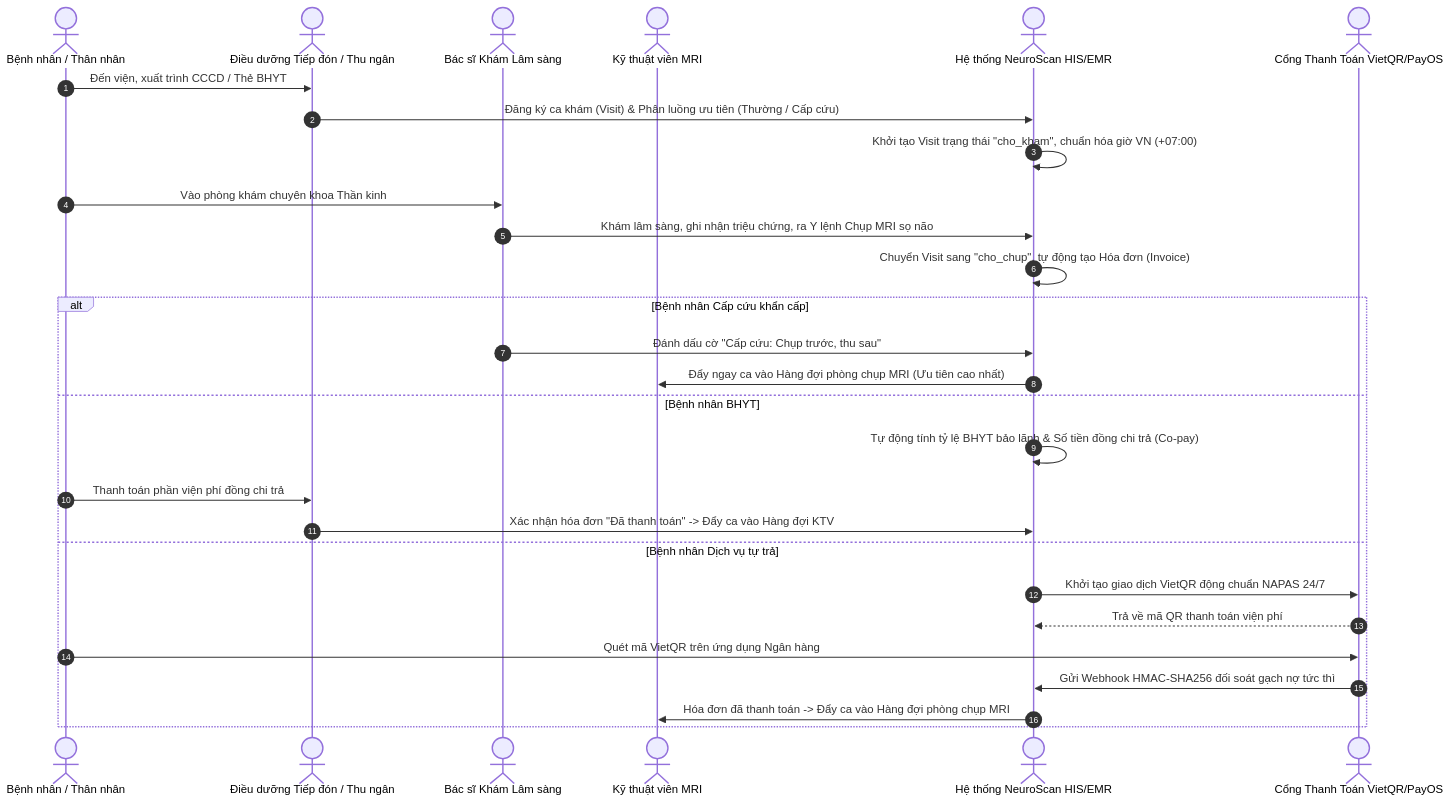
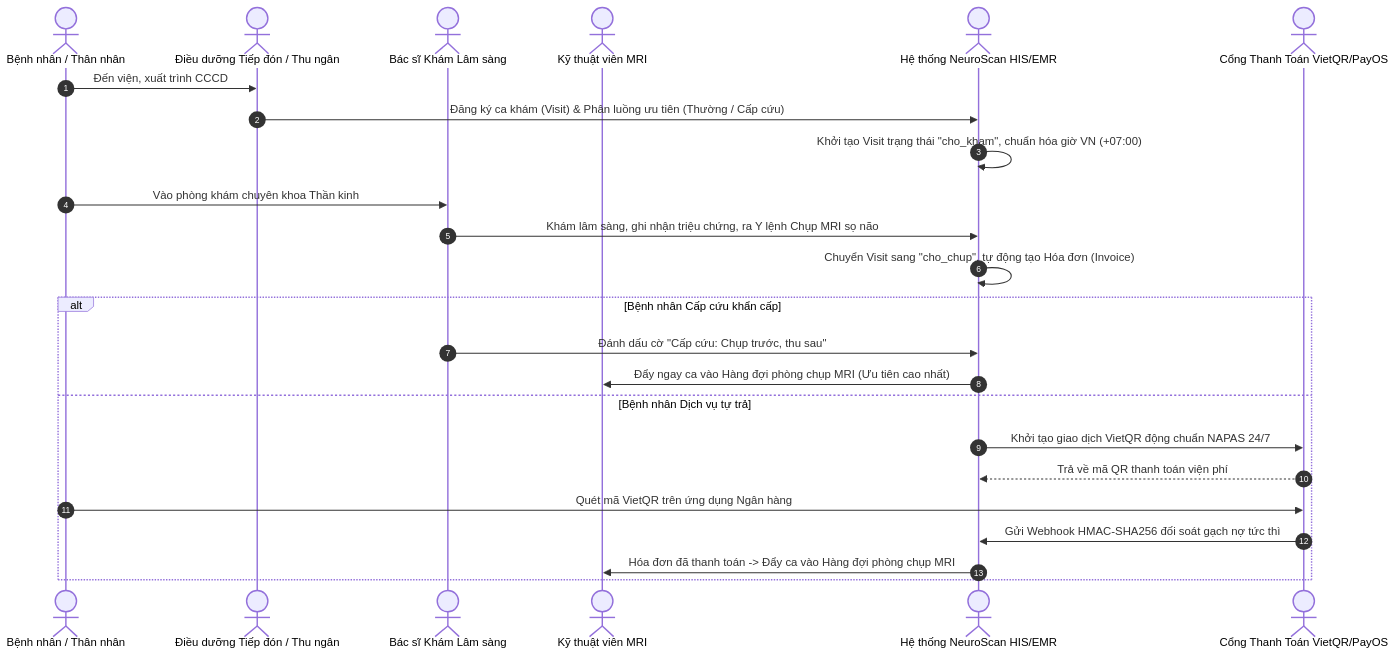
One commit to ntthanh2357/mri changed the first of 3 diagrams in docs/02_nghiep_vu_va_quy_trinh_benh_vien.md. Above: the diagram before and after it, drawn with Mermaid. The commit also changed other lines of this file and 101 other files, not shown here.

````diff
--- a/docs/02_nghiep_vu_va_quy_trinh_benh_vien.md
+++ b/docs/02_nghiep_vu_va_quy_trinh_benh_vien.md
@@ -59,32 +57,28 @@
 ```mermaid
 sequenceDiagram
     autonumber
     actor BN as Bệnh nhân / Thân nhân
     actor TN as Điều dưỡng Tiếp đón / Thu ngân
     actor BS as Bác sĩ Khám Lâm sàng
     actor KTV as Kỹ thuật viên MRI
     actor SYS as Hệ thống NeuroScan HIS/EMR
     actor PAYOS as Cổng Thanh Toán VietQR/PayOS
 
-    BN->>TN: Đến viện, xuất trình CCCD / Thẻ BHYT
+    BN->>TN: Đến viện, xuất trình CCCD
     TN->>SYS: Đăng ký ca khám (Visit) & Phân luồng ưu tiên (Thường / Cấp cứu)
     SYS->>SYS: Khởi tạo Visit trạng thái "cho_kham", chuẩn hóa giờ VN (+07:00)
     BN->>BS: Vào phòng khám chuyên khoa Thần kinh
     BS->>SYS: Khám lâm sàng, ghi nhận triệu chứng, ra Y lệnh Chụp MRI sọ não
     SYS->>SYS: Chuyển Visit sang "cho_chup", tự động tạo Hóa đơn (Invoice)
     
     alt Bệnh nhân Cấp cứu khẩn cấp
         BS->>SYS: Đánh dấu cờ "Cấp cứu: Chụp trước, thu sau"
         SYS->>KTV: Đẩy ngay ca vào Hàng đợi phòng chụp MRI (Ưu tiên cao nhất)
-    else Bệnh nhân BHYT
-        SYS->>SYS: Tự động tính tỷ lệ BHYT bảo lãnh & Số tiền đồng chi trả (Co-pay)
-        BN->>TN: Thanh toán phần viện phí đồng chi trả
-        TN->>SYS: Xác nhận hóa đơn "Đã thanh toán" -> Đẩy ca vào Hàng đợi KTV
     else Bệnh nhân Dịch vụ tự trả
         SYS->>PAYOS: Khởi tạo giao dịch VietQR động chuẩn NAPAS 24/7
         PAYOS-->>SYS: Trả về mã QR thanh toán viện phí
         BN->>PAYOS: Quét mã VietQR trên ứng dụng Ngân hàng
         PAYOS->>SYS: Gửi Webhook HMAC-SHA256 đối soát gạch nợ tức thì
         SYS->>KTV: Hóa đơn đã thanh toán -> Đẩy ca vào Hàng đợi phòng chụp MRI
     end
 ```
````
